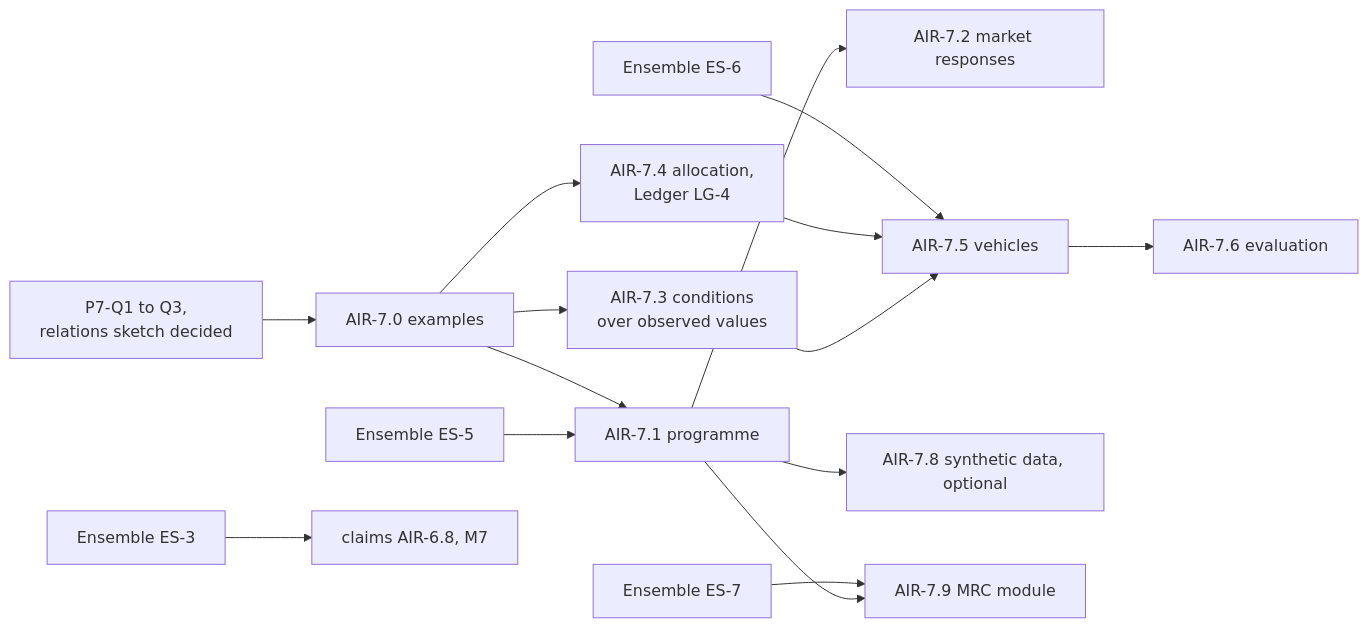
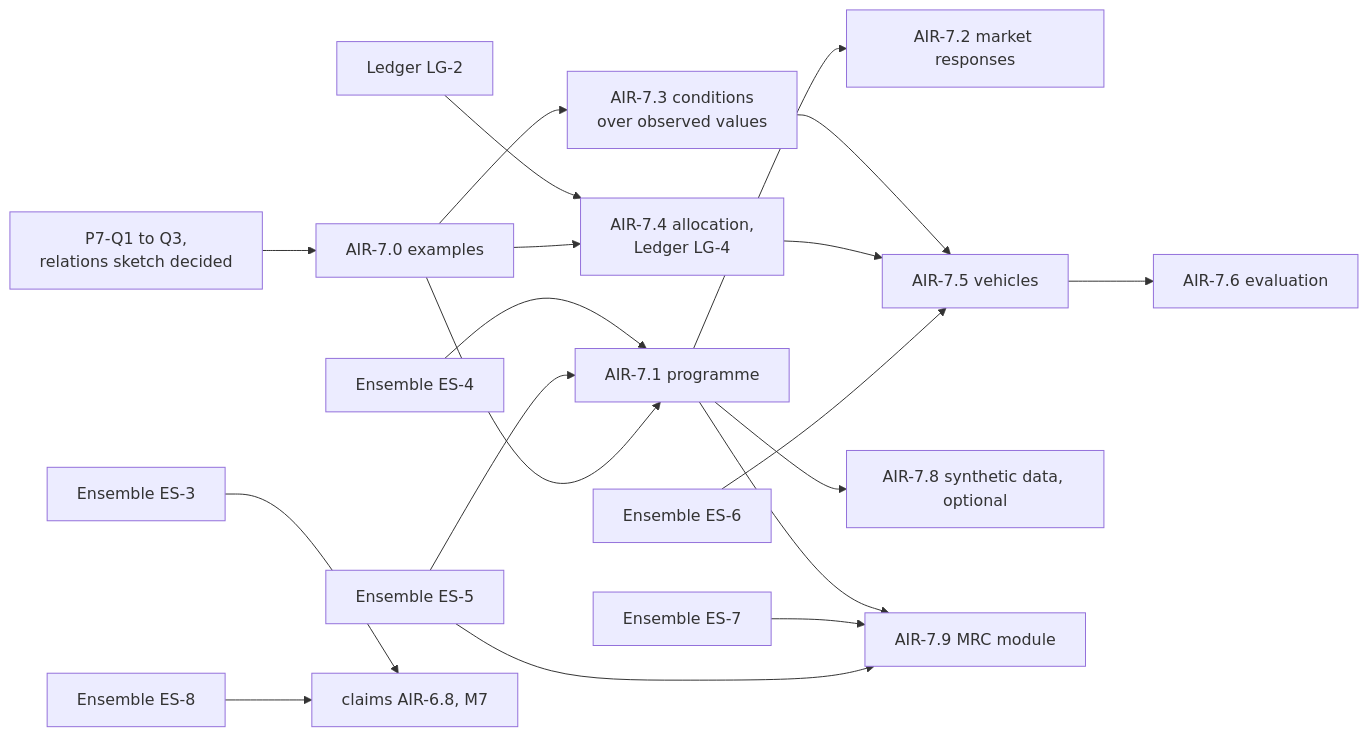
One commit to nebularis/lattice changed the diagram in docs/developer/plans/applied-insurance-reference-phase-7.md. Above: the diagram before and after it, drawn with Mermaid. The commit also changed other lines of this file and 24 other files, not shown here.

````diff
--- a/docs/developer/plans/applied-insurance-reference-phase-7.md
+++ b/docs/developer/plans/applied-insurance-reference-phase-7.md
@@ -63,16 +68,20 @@
 ```mermaid
 flowchart LR
   Q["P7-Q1 to Q3,<br/>relations sketch decided"] --> A0["AIR-7.0 examples"]
-  ENS5["Ensemble ES-5"] --> A1["AIR-7.1 programme"]
+  ENS4["Ensemble ES-4"] --> A1["AIR-7.1 programme"]
+  ENS5["Ensemble ES-5"] --> A1
+  LG2["Ledger LG-2"] --> A4
   A0 --> A1 --> A2["AIR-7.2 market responses"]
   A0 --> A3["AIR-7.3 conditions<br/>over observed values"]
   A0 --> A4["AIR-7.4 allocation,<br/>Ledger LG-4"]
   A3 --> A5["AIR-7.5 vehicles"]
   A4 --> A5
   ENS6["Ensemble ES-6"] --> A5
   A5 --> A6["AIR-7.6 evaluation"]
   A1 --> A8["AIR-7.8 synthetic data, optional"]
   A1 --> A9["AIR-7.9 MRC module"]
   ENS7["Ensemble ES-7"] --> A9
   ENS3["Ensemble ES-3"] --> C68["claims AIR-6.8, M7"]
+  ENS8["Ensemble ES-8"] --> C68
+  ENS5 --> A9
 ```
````
